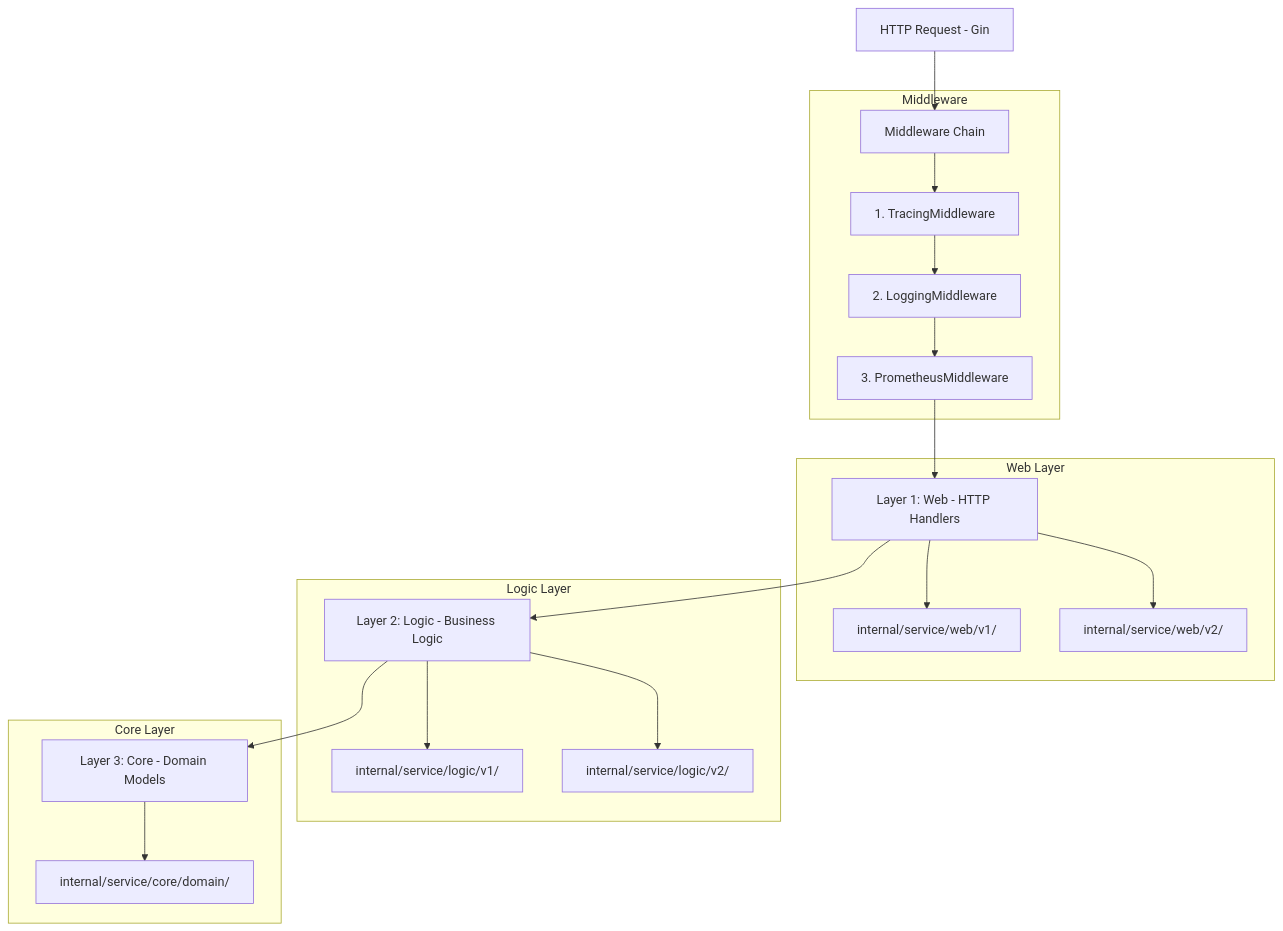
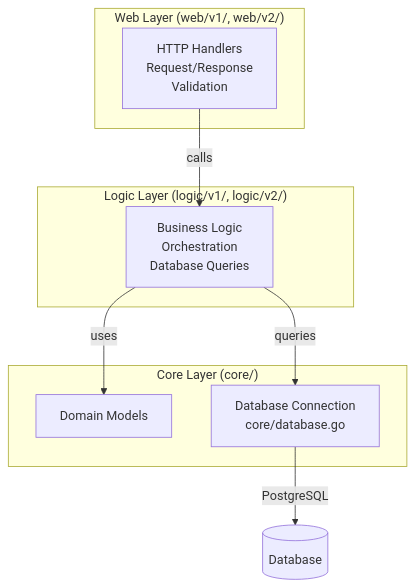
The diagram in README.md (duynhlab/homelab), drawn with Mermaid before and after one commit. The commit also changed other lines of this file, not shown here.

````diff
--- a/README.md
+++ b/README.md
@@ -372,30 +66,20 @@
 ```mermaid
 flowchart TD
-    A[HTTP Request - Gin] --> B[Middleware Chain]
-    
-    subgraph Middleware
-        B --> B1[1. TracingMiddleware]
-        B1 --> B2[2. LoggingMiddleware]
-        B2 --> B3[3. PrometheusMiddleware]
+    subgraph Web["Web Layer (web/v1/, web/v2/)"]
+        Handler[HTTP Handlers<br/>Request/Response<br/>Validation]
     end
     
-    B3 --> C[Layer 1: Web - HTTP Handlers]
-    
-    subgraph WebLayer[Web Layer]
-        C --> C1[internal/service/web/v1/]
-        C --> C2[internal/service/web/v2/]
+    subgraph Logic["Logic Layer (logic/v1/, logic/v2/)"]
+        Service[Business Logic<br/>Orchestration<br/>Database Queries]
     end
     
-    C --> D[Layer 2: Logic - Business Logic]
-    
-    subgraph LogicLayer[Logic Layer]
-        D --> D1[internal/service/logic/v1/]
-        D --> D2[internal/service/logic/v2/]
+    subgraph Core["Core Layer (core/)"]
+        Domain[Domain Models]
+        Database[Database Connection<br/>core/database.go]
     end
     
-    D --> E[Layer 3: Core - Domain Models]
-    
-    subgraph CoreLayer[Core Layer]
-        E --> E1[internal/service/core/domain/]
-    end
+    Handler -->|calls| Service
+    Service -->|uses| Domain
+    Service -->|queries| Database
+    Database -->|PostgreSQL| DB[(Database)]
 ```
````
